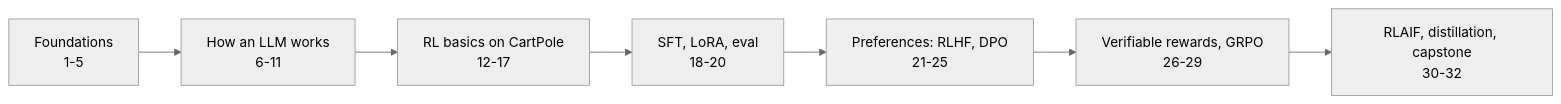
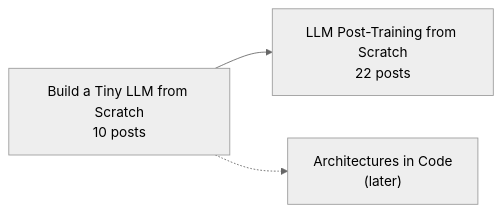
The diagram in README.md (nadeem4/post_training), drawn with Mermaid before and after one commit. The commit also changed other lines of this file, not shown here.

Commit message:
docs: split learning path into Build a Tiny LLM and Post-Training series

````diff
--- a/README.md
+++ b/README.md
@@ -122,10 +115,6 @@
 ```mermaid
 %%{init: {'theme': 'neutral'}}%%
 flowchart LR
-  F["Foundations<br/>1-5"] --> L["How an LLM works<br/>6-11"]
-  L --> R["RL basics on CartPole<br/>12-17"]
-  R --> S["SFT, LoRA, eval<br/>18-20"]
-  S --> P["Preferences: RLHF, DPO<br/>21-25"]
-  P --> V["Verifiable rewards, GRPO<br/>26-29"]
-  V --> W["RLAIF, distillation, capstone<br/>30-32"]
+  A["Build a Tiny LLM from Scratch<br/>10 posts"] --> B["LLM Post-Training from Scratch<br/>22 posts"]
+  A -.-> C["Architectures in Code<br/>(later)"]
 ```
````
